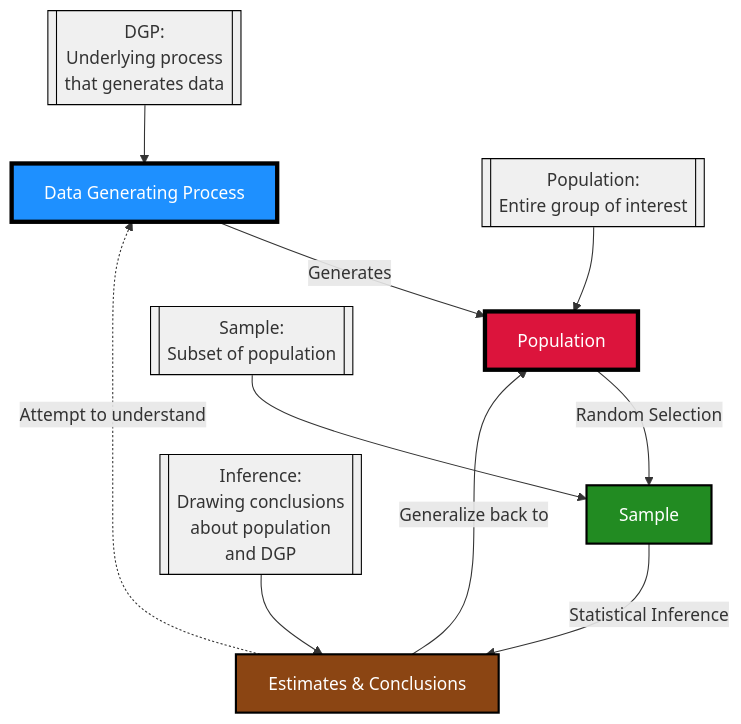
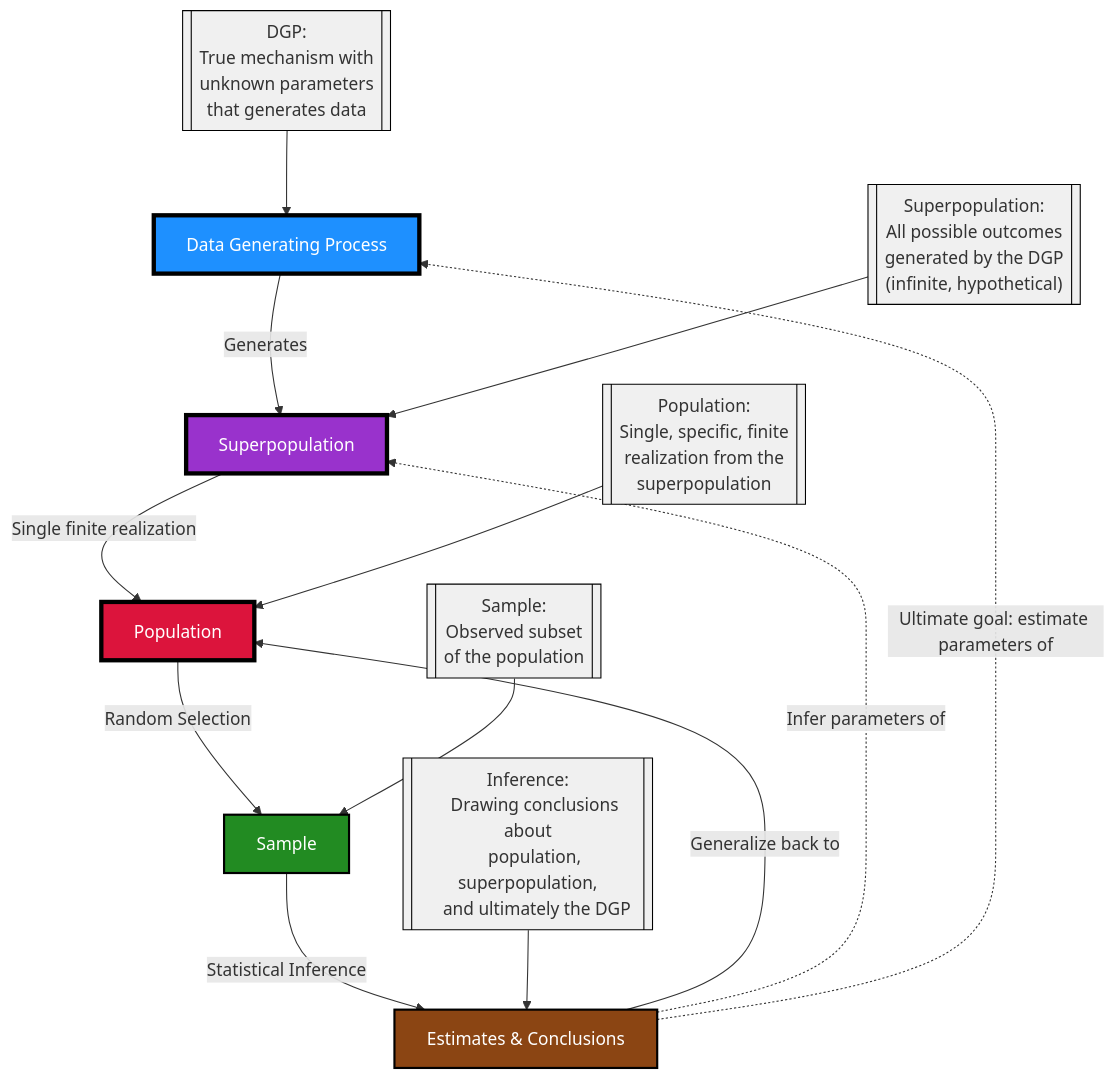
Before and after one commit to pierzgal/STAT101_PLEN: the second of 2 diagrams in chapter1.qmd, drawn with Mermaid. The commit also changed other lines of this file and 63 other files, not shown here.

````diff
--- a/chapter1.qmd
+++ b/chapter1.qmd
@@ -54,33 +883,45 @@
 ```{mermaid}
 graph TD
-    DGP[Data Generating Process] -->|Generates| A[Population]
+    DGP[Data Generating Process] -->|Generates| SP[Superpopulation]
+    SP -->|Single finite realization| A[Population]
     A -->|Random Selection| B[Sample]
     B -->|Statistical Inference| C[Estimates & Conclusions]
     C -->|Generalize back to| A
-    C -.->|Attempt to understand| DGP
-
+    C -.->|Infer parameters of| SP
+    C -.->|Ultimate goal: estimate parameters of| DGP
+    
     style DGP fill:#1E90FF,stroke:#000,stroke-width:4px,color:#FFF
+    style SP fill:#9932CC,stroke:#000,stroke-width:4px,color:#FFF
     style A fill:#DC143C,stroke:#000,stroke-width:4px,color:#FFF
     style B fill:#228B22,stroke:#000,stroke-width:2px,color:#FFF
     style C fill:#8B4513,stroke:#000,stroke-width:2px,color:#FFF
     
     classDef note fill:#F0F0F0,stroke:#000,stroke-width:1px;
+    H[["Superpopulation:
+    All possible outcomes
+    generated by the DGP
+    (infinite, hypothetical)"]]
     D[["DGP:
-    Underlying process
+    True mechanism with
+    unknown parameters
     that generates data"]]
     E[["Population:
-    Entire group of interest"]]
+    Single, specific, finite
+    realization from the
+    superpopulation"]]
     F[["Sample:
-    Subset of population"]]
+    Observed subset
+    of the population"]]
     G[["Inference:
-    Drawing conclusions
-    about population
-    and DGP"]]
+    Drawing conclusions about
+    population, superpopulation,
+    and ultimately the DGP"]]
     
-    class D,E,F,G note
+    class D,E,F,G,H note
     
+    H --> SP
     D --> DGP
     E --> A
     F --> B
     G --> C
 ```
````
